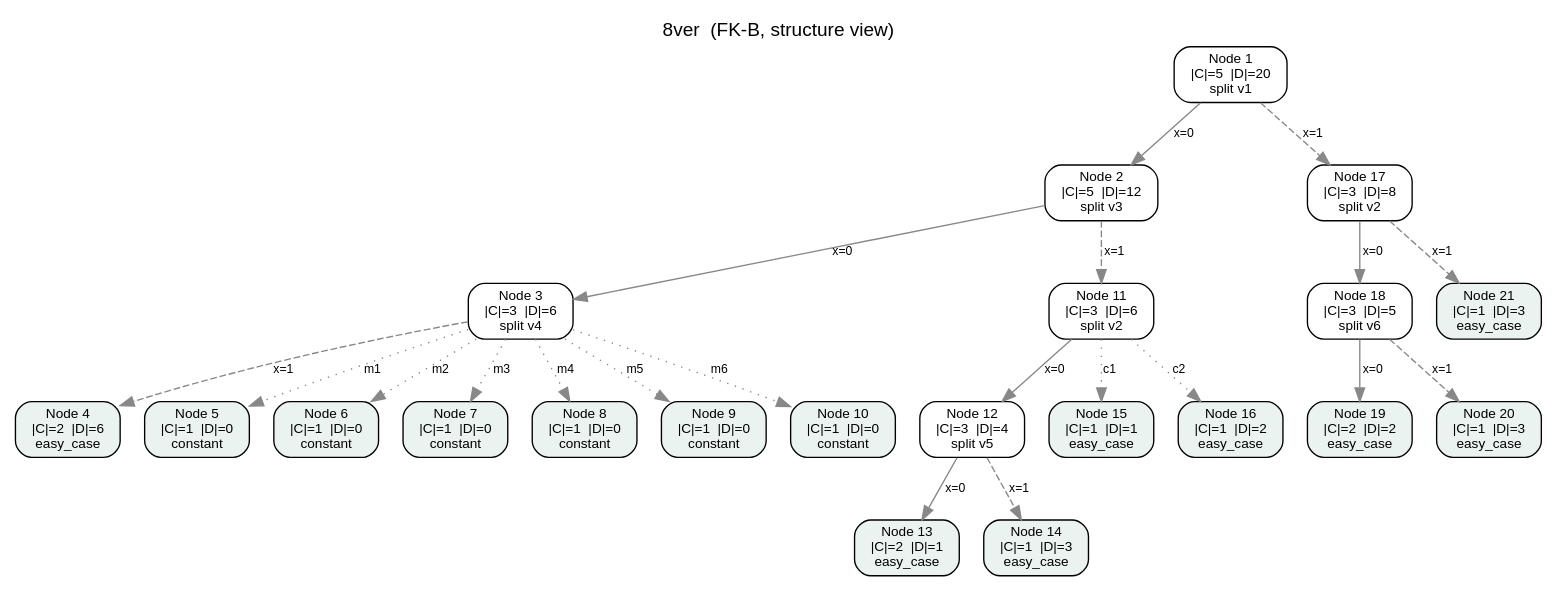
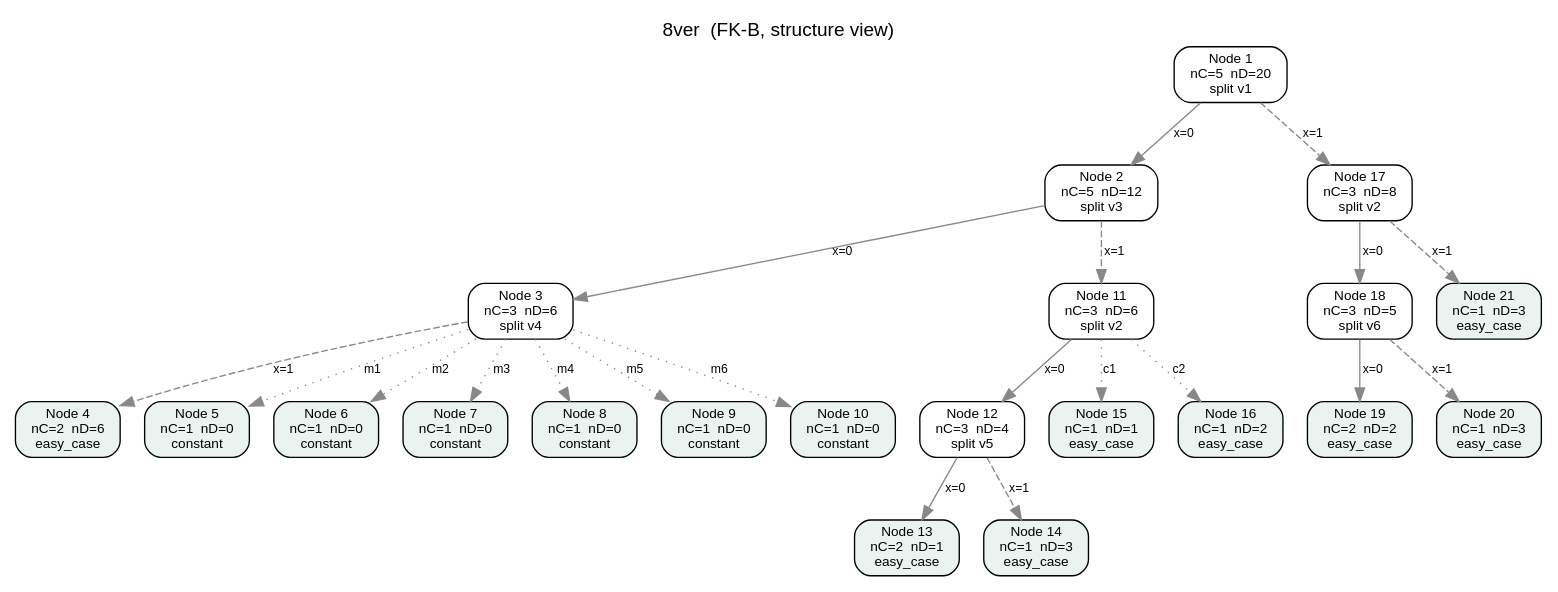
The diagram in results/8ver.fk-b.faithful.dot (symonyeal/Hypergraph-Dualization), drawn with Graphviz before and after one commit. The commit also changed 203 other files, not shown here.

```diff
--- a/results/8ver.fk-b.faithful.dot
+++ b/results/8ver.fk-b.faithful.dot
@@ -1,47 +1,47 @@
 digraph FKB {
   rankdir=TB;
   graph [fontname="Helvetica", labelloc="t", label="8ver  (FK-B, structure view)"];
   node [shape=box, style="rounded,filled", fillcolor="#ffffff", fontname="Helvetica", fontsize=10];
   edge [fontname="Helvetica", fontsize=9, color="#888888"];
-  n1 [label="Node 1\n|C|=5  |D|=20\nsplit v1", fillcolor="#ffffff"];
-  n2 [label="Node 2\n|C|=5  |D|=12\nsplit v3", fillcolor="#ffffff"];
-  n3 [label="Node 3\n|C|=3  |D|=6\nsplit v4", fillcolor="#ffffff"];
-  n4 [label="Node 4\n|C|=2  |D|=6\neasy_case", fillcolor="#eaf3ef"];
-  n5 [label="Node 5\n|C|=1  |D|=0\nconstant", fillcolor="#eaf3ef"];
-  n6 [label="Node 6\n|C|=1  |D|=0\nconstant", fillcolor="#eaf3ef"];
-  n7 [label="Node 7\n|C|=1  |D|=0\nconstant", fillcolor="#eaf3ef"];
-  n8 [label="Node 8\n|C|=1  |D|=0\nconstant", fillcolor="#eaf3ef"];
-  n9 [label="Node 9\n|C|=1  |D|=0\nconstant", fillcolor="#eaf3ef"];
-  n10 [label="Node 10\n|C|=1  |D|=0\nconstant", fillcolor="#eaf3ef"];
-  n11 [label="Node 11\n|C|=3  |D|=6\nsplit v2", fillcolor="#ffffff"];
-  n12 [label="Node 12\n|C|=3  |D|=4\nsplit v5", fillcolor="#ffffff"];
-  n13 [label="Node 13\n|C|=2  |D|=1\neasy_case", fillcolor="#eaf3ef"];
-  n14 [label="Node 14\n|C|=1  |D|=3\neasy_case", fillcolor="#eaf3ef"];
-  n15 [label="Node 15\n|C|=1  |D|=1\neasy_case", fillcolor="#eaf3ef"];
-  n16 [label="Node 16\n|C|=1  |D|=2\neasy_case", fillcolor="#eaf3ef"];
-  n17 [label="Node 17\n|C|=3  |D|=8\nsplit v2", fillcolor="#ffffff"];
-  n18 [label="Node 18\n|C|=3  |D|=5\nsplit v6", fillcolor="#ffffff"];
-  n19 [label="Node 19\n|C|=2  |D|=2\neasy_case", fillcolor="#eaf3ef"];
-  n20 [label="Node 20\n|C|=1  |D|=3\neasy_case", fillcolor="#eaf3ef"];
-  n21 [label="Node 21\n|C|=1  |D|=3\neasy_case", fillcolor="#eaf3ef"];
+  n1 [label="Node 1\nnC=5  nD=20\nsplit v1", fillcolor="#ffffff"];
+  n2 [label="Node 2\nnC=5  nD=12\nsplit v3", fillcolor="#ffffff"];
+  n3 [label="Node 3\nnC=3  nD=6\nsplit v4", fillcolor="#ffffff"];
+  n4 [label="Node 4\nnC=2  nD=6\neasy_case", fillcolor="#eaf3ef"];
+  n5 [label="Node 5\nnC=1  nD=0\nconstant", fillcolor="#eaf3ef"];
+  n6 [label="Node 6\nnC=1  nD=0\nconstant", fillcolor="#eaf3ef"];
+  n7 [label="Node 7\nnC=1  nD=0\nconstant", fillcolor="#eaf3ef"];
+  n8 [label="Node 8\nnC=1  nD=0\nconstant", fillcolor="#eaf3ef"];
+  n9 [label="Node 9\nnC=1  nD=0\nconstant", fillcolor="#eaf3ef"];
+  n10 [label="Node 10\nnC=1  nD=0\nconstant", fillcolor="#eaf3ef"];
+  n11 [label="Node 11\nnC=3  nD=6\nsplit v2", fillcolor="#ffffff"];
+  n12 [label="Node 12\nnC=3  nD=4\nsplit v5", fillcolor="#ffffff"];
+  n13 [label="Node 13\nnC=2  nD=1\neasy_case", fillcolor="#eaf3ef"];
+  n14 [label="Node 14\nnC=1  nD=3\neasy_case", fillcolor="#eaf3ef"];
+  n15 [label="Node 15\nnC=1  nD=1\neasy_case", fillcolor="#eaf3ef"];
+  n16 [label="Node 16\nnC=1  nD=2\neasy_case", fillcolor="#eaf3ef"];
+  n17 [label="Node 17\nnC=3  nD=8\nsplit v2", fillcolor="#ffffff"];
+  n18 [label="Node 18\nnC=3  nD=5\nsplit v6", fillcolor="#ffffff"];
+  n19 [label="Node 19\nnC=2  nD=2\neasy_case", fillcolor="#eaf3ef"];
+  n20 [label="Node 20\nnC=1  nD=3\neasy_case", fillcolor="#eaf3ef"];
+  n21 [label="Node 21\nnC=1  nD=3\neasy_case", fillcolor="#eaf3ef"];
   n1 -> n2 [label="x=0", style=solid];
   n1 -> n17 [label="x=1", style=dashed];
   n2 -> n3 [label="x=0", style=solid];
   n2 -> n11 [label="x=1", style=dashed];
   n3 -> n4 [label="x=1", style=dashed];
   n3 -> n5 [label="m1", style=dotted];
   n3 -> n6 [label="m2", style=dotted];
   n3 -> n7 [label="m3", style=dotted];
   n3 -> n8 [label="m4", style=dotted];
   n3 -> n9 [label="m5", style=dotted];
   n3 -> n10 [label="m6", style=dotted];
   n11 -> n12 [label="x=0", style=solid];
   n11 -> n15 [label="c1", style=dotted];
   n11 -> n16 [label="c2", style=dotted];
   n12 -> n13 [label="x=0", style=solid];
   n12 -> n14 [label="x=1", style=dashed];
   n17 -> n18 [label="x=0", style=solid];
   n17 -> n21 [label="x=1", style=dashed];
   n18 -> n19 [label="x=0", style=solid];
   n18 -> n20 [label="x=1", style=dashed];
 }
```
